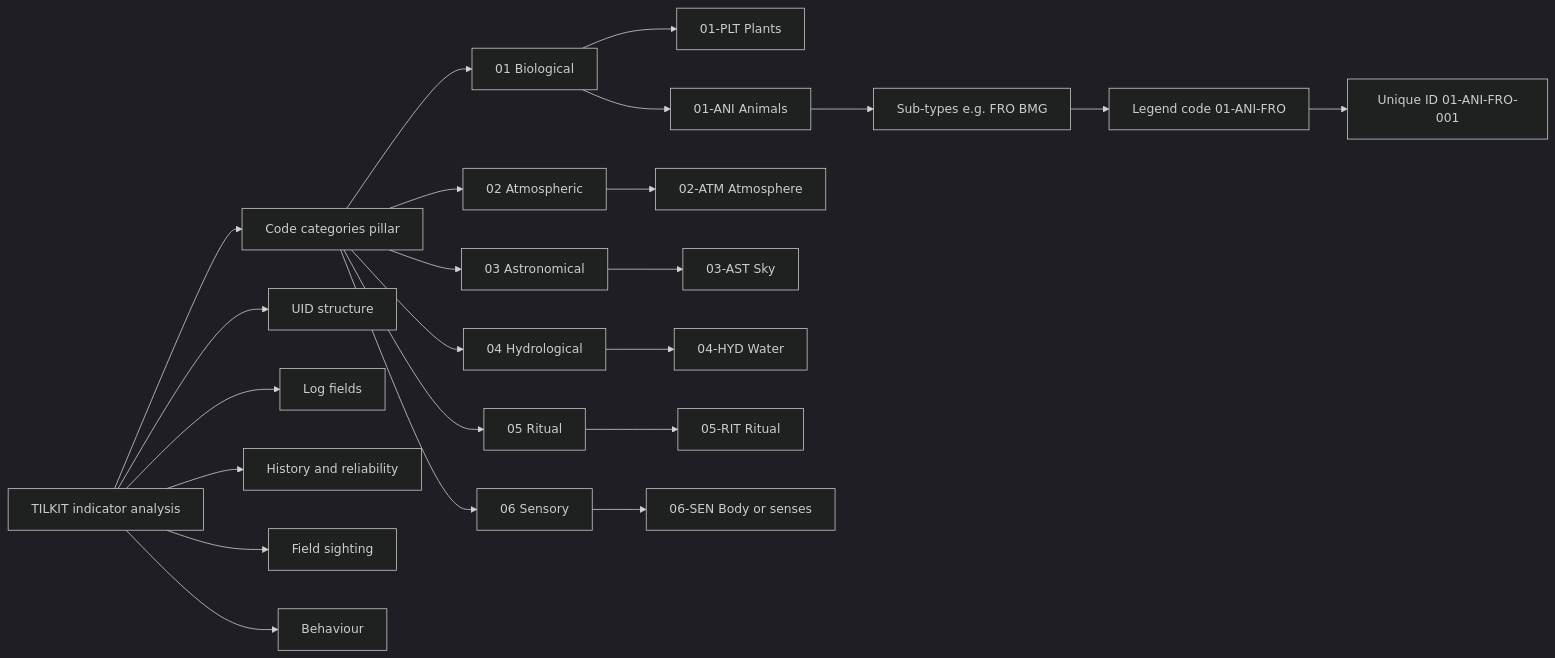
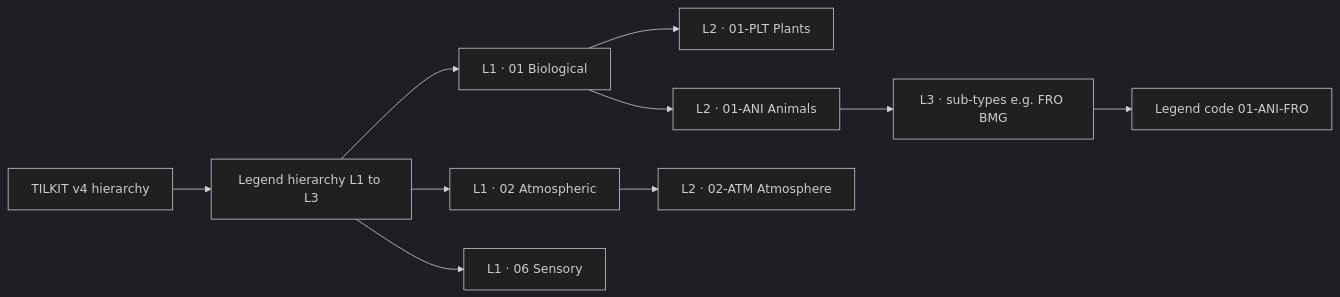
One commit to osumba404/tilkit changed the diagram in tilkit_docs/indicator-hierarchy-reference.md. Above: the diagram before and after it, drawn with Mermaid (dark theme). The commit also changed other lines of this file and 1 other file, not shown here.

First line of the commit message:
Enhance TILKIT documentation with new mind map sections

````diff
--- a/tilkit_docs/indicator-hierarchy-reference.md
+++ b/tilkit_docs/indicator-hierarchy-reference.md
@@ -141,26 +145,13 @@
 ```mermaid
 flowchart LR
-  ROOT[TILKIT indicator analysis]
-  ROOT --> P1[Code categories pillar]
-  ROOT --> P2[UID structure]
-  ROOT --> P3[Log fields]
-  ROOT --> P4[History and reliability]
-  ROOT --> P5[Field sighting]
-  ROOT --> P6[Behaviour]
-  P1 --> C01[01 Biological]
-  P1 --> C02[02 Atmospheric]
-  P1 --> C03[03 Astronomical]
-  P1 --> C04[04 Hydrological]
-  P1 --> C05[05 Ritual]
-  P1 --> C06[06 Sensory]
-  C01 --> TPLT[01-PLT Plants]
-  C01 --> TANI[01-ANI Animals]
-  C02 --> TATM[02-ATM Atmosphere]
-  C03 --> TAST[03-AST Sky]
-  C04 --> THYD[04-HYD Water]
-  C05 --> TRIT[05-RIT Ritual]
-  C06 --> TSEN[06-SEN Body or senses]
-  TANI --> ST[Sub-types e.g. FRO BMG]
+  ROOT[TILKIT v4 hierarchy]
+  ROOT --> LH[Legend hierarchy L1 to L3]
+  LH --> C01[L1 · 01 Biological]
+  LH --> C02[L1 · 02 Atmospheric]
+  LH --> C06[L1 · 06 Sensory]
+  C01 --> TPLT[L2 · 01-PLT Plants]
+  C01 --> TANI[L2 · 01-ANI Animals]
+  C02 --> TATM[L2 · 02-ATM Atmosphere]
+  TANI --> ST[L3 · sub-types e.g. FRO BMG]
   ST --> LC[Legend code 01-ANI-FRO]
-  LC --> UID[Unique ID 01-ANI-FRO-001]
 ```
````
